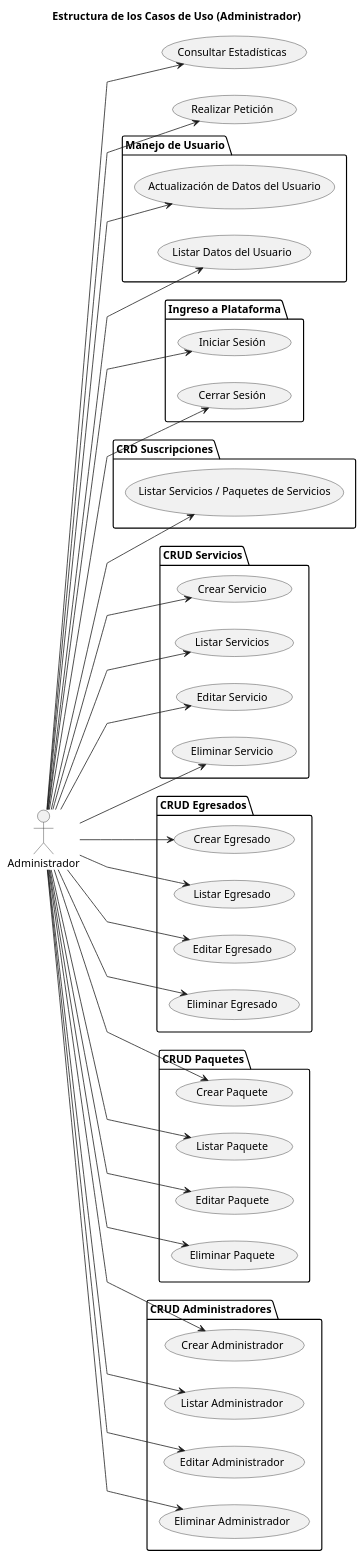
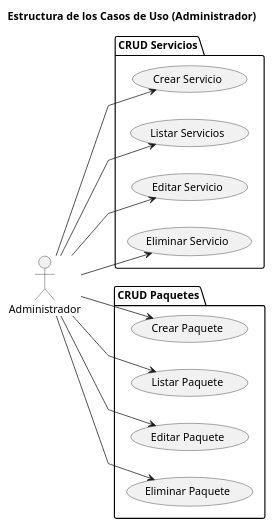
Before and after one commit to mmasias/23-24-IdSw1-SDR: the diagram in Caso_de_Uso/Diagrama_de_Casos_de_Uso/Administrador/Servicios/Diagrama_CdU.puml, drawn with PlantUML. The commit also changed 3 other files, not shown here.

Commit message:
Diagrama Administrador Manejo Usuario

```diff
--- a/Caso_de_Uso/Diagrama_de_Casos_de_Uso/Administrador/Servicios/Diagrama_CdU.puml
+++ b/Caso_de_Uso/Diagrama_de_Casos_de_Uso/Administrador/Servicios/Diagrama_CdU.puml
@@ -1,61 +1,29 @@
-@startuml Estructura
+@startuml Diagrama_CdU
 
 title Estructura de los Casos de Uso (Administrador)
 
 skinparam {
     NoteBackgroundColor #whiteSmoke
     NoteBorderColor #green
     linetype polyline
 }
 
 left to right direction
 
 actor Administrador
 
-Administrador --> (Consultar Estadísticas)
-
-folder "Manejo de Usuario" as cuentas {
-    Administrador --> (Actualización de Datos del Usuario)
-    Administrador --> (Listar Datos del Usuario)
-}
-
-folder "Ingreso a Plataforma" as ingreso {
-    Administrador --> (Iniciar Sesión)
-    Administrador --> (Cerrar Sesión)
-}
-
-folder "CRD Suscripciones" as CRDSuscripciones {
-    Administrador --> (Listar Servicios / Paquetes de Servicios)
-}
-
 folder "CRUD Servicios" as CRUDServicios {
     Administrador --> (Crear Servicio)
     Administrador --> (Listar Servicios)
     Administrador --> (Editar Servicio)
     Administrador --> (Eliminar Servicio)
-}
-
-folder "CRUD Egresados" as CRUDEgresados {
-    Administrador --> (Crear Egresado)
-    Administrador --> (Listar Egresado)
-    Administrador --> (Editar Egresado)
-    Administrador --> (Eliminar Egresado)
 }
 
 folder "CRUD Paquetes" as CRUDPaquetes {
     Administrador --> (Crear Paquete)
     Administrador --> (Listar Paquete)
     Administrador --> (Editar Paquete)
     Administrador --> (Eliminar Paquete)
 }
 
-folder "CRUD Administradores" as CRUDAdministradores {
-    Administrador --> (Crear Administrador)
-    Administrador --> (Listar Administrador)
-    Administrador --> (Editar Administrador)
-    Administrador --> (Eliminar Administrador)
-}
-
-Administrador --> (Realizar Petición)
-
 @enduml
```
